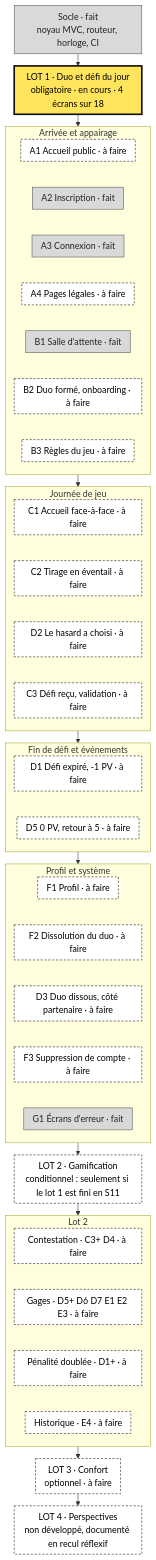
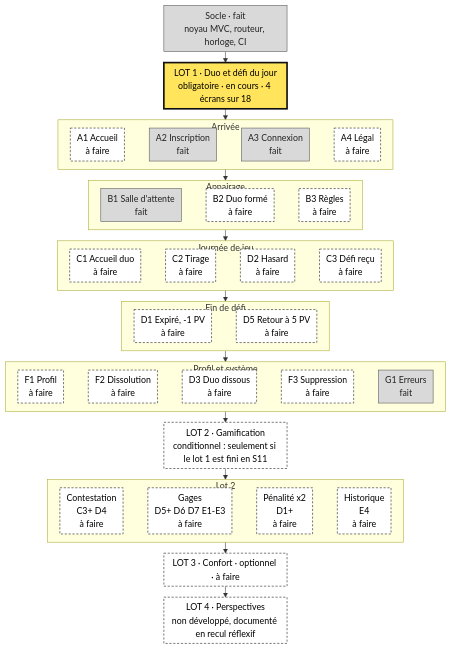
Before and after one commit to matteo-lorenzi/Quest-Love: the diagram in README.md, drawn with Mermaid.

Commit message:
README : feuille de route en lignes par parcours
Le diagramme passe d'une colonne de 18 boîtes à une ligne horizontale par parcours (Arrivée, Appairage, Journée de jeu, Fin de défi, Profil et système, Lot 2) sur un tronc vertical : plus court au défilement, noms d'écrans abrégés (détail dans le tableau de repli).

````diff
--- a/README.md
+++ b/README.md
@@ -14,62 +14,67 @@
 ```mermaid
-%%{init: {"flowchart": {"nodeSpacing": 12, "rankSpacing": 22, "padding": 8}}}%%
+%%{init: {"flowchart": {"nodeSpacing": 10, "rankSpacing": 20, "padding": 6, "htmlLabels": true}}}%%
 flowchart TB
   S["Socle · fait<br/>noyau MVC, routeur, horloge, CI"]:::fait
   L1["LOT 1 · Duo et défi du jour<br/>obligatoire · en cours · 4 écrans sur 18"]:::encours
   L2["LOT 2 · Gamification<br/>conditionnel : seulement si le lot 1 est fini en S11"]:::afaire
-  L3["LOT 3 · Confort<br/>optionnel · à faire"]:::afaire
+  L3["LOT 3 · Confort · optionnel · à faire"]:::afaire
   L4["LOT 4 · Perspectives<br/>non développé, documenté en recul réflexif"]:::afaire
 
-  subgraph P1["Arrivée et appairage"]
-    direction TB
-    A1["A1 Accueil public · à faire"]:::afaire
-    A2["A2 Inscription · fait"]:::fait
-    A3["A3 Connexion · fait"]:::fait
-    A4["A4 Pages légales · à faire"]:::afaire
-    B1["B1 Salle d'attente · fait"]:::fait
-    B2["B2 Duo formé, onboarding · à faire"]:::afaire
-    B3["B3 Règles du jeu · à faire"]:::afaire
-    A1 ~~~ A2 ~~~ A3 ~~~ A4 ~~~ B1 ~~~ B2 ~~~ B3
+  subgraph P1["Arrivée"]
+    direction LR
+    A1["A1 Accueil<br/>à faire"]:::afaire
+    A2["A2 Inscription<br/>fait"]:::fait
+    A3["A3 Connexion<br/>fait"]:::fait
+    A4["A4 Légal<br/>à faire"]:::afaire
+    A1 ~~~ A2 ~~~ A3 ~~~ A4
   end
 
-  subgraph P2["Journée de jeu"]
-    direction TB
-    C1["C1 Accueil face-à-face · à faire"]:::afaire
-    C2["C2 Tirage en éventail · à faire"]:::afaire
-    D2["D2 Le hasard a choisi · à faire"]:::afaire
-    C3["C3 Défi reçu, validation · à faire"]:::afaire
+  subgraph P2["Appairage"]
+    direction LR
+    B1["B1 Salle d'attente<br/>fait"]:::fait
+    B2["B2 Duo formé<br/>à faire"]:::afaire
+    B3["B3 Règles<br/>à faire"]:::afaire
+    B1 ~~~ B2 ~~~ B3
+  end
+
+  subgraph P3["Journée de jeu"]
+    direction LR
+    C1["C1 Accueil duo<br/>à faire"]:::afaire
+    C2["C2 Tirage<br/>à faire"]:::afaire
+    D2["D2 Hasard<br/>à faire"]:::afaire
+    C3["C3 Défi reçu<br/>à faire"]:::afaire
     C1 ~~~ C2 ~~~ D2 ~~~ C3
   end
 
-  subgraph P3["Fin de défi et événements"]
-    direction TB
-    D1["D1 Défi expiré, -1 PV · à faire"]:::afaire
-    D5["D5 0 PV, retour à 5 · à faire"]:::afaire
+  subgraph P4["Fin de défi"]
+    direction LR
+    D1["D1 Expiré, -1 PV<br/>à faire"]:::afaire
+    D5["D5 Retour à 5 PV<br/>à faire"]:::afaire
     D1 ~~~ D5
   end
 
-  subgraph P4["Profil et système"]
-    direction TB
-    F1["F1 Profil · à faire"]:::afaire
-    F2["F2 Dissolution du duo · à faire"]:::afaire
-    D3["D3 Duo dissous, côté partenaire · à faire"]:::afaire
-    F3["F3 Suppression de compte · à faire"]:::afaire
-    G1["G1 Écrans d'erreur · fait"]:::fait
+  subgraph P5["Profil et système"]
+    direction LR
+    F1["F1 Profil<br/>à faire"]:::afaire
+    F2["F2 Dissolution<br/>à faire"]:::afaire
+    D3["D3 Duo dissous<br/>à faire"]:::afaire
+    F3["F3 Suppression<br/>à faire"]:::afaire
+    G1["G1 Erreurs<br/>fait"]:::fait
     F1 ~~~ F2 ~~~ D3 ~~~ F3 ~~~ G1
   end
 
-  subgraph P5["Lot 2"]
-    direction TB
-    X1["Contestation · C3+ D4 · à faire"]:::afaire
-    X2["Gages · D5+ D6 D7 E1 E2 E3 · à faire"]:::afaire
-    X3["Pénalité doublée · D1+ · à faire"]:::afaire
-    X4["Historique · E4 · à faire"]:::afaire
+  subgraph P6["Lot 2"]
+    direction LR
+    X1["Contestation<br/>C3+ D4<br/>à faire"]:::afaire
+    X2["Gages<br/>D5+ D6 D7 E1-E3<br/>à faire"]:::afaire
+    X3["Pénalité x2<br/>D1+<br/>à faire"]:::afaire
+    X4["Historique<br/>E4<br/>à faire"]:::afaire
     X1 ~~~ X2 ~~~ X3 ~~~ X4
   end
 
-  S --> L1 --> P1 --> P2 --> P3 --> P4 --> L2 --> P5 --> L3 --> L4
+  S --> L1 --> P1 --> P2 --> P3 --> P4 --> P5 --> L2 --> P6 --> L3 --> L4
 
   classDef fait fill:#d9d9d9,stroke:#555555,color:#222222
   classDef encours fill:#ffe45c,stroke:#111111,stroke-width:3px,color:#000000
   classDef afaire fill:#ffffff,stroke:#111111,stroke-dasharray:4 3,color:#000000
 ```
````
